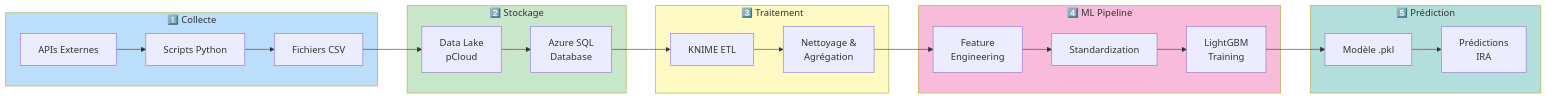
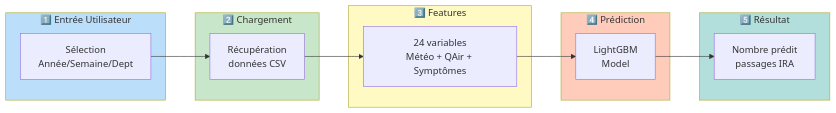
Before and after one commit to MohdSarar/PREDICTIRA: the second of 2 diagrams in README_PREDICTIRA.md, drawn with Mermaid. The commit also changed other lines of this file, not shown here.

````diff
--- a/README_PREDICTIRA.md
+++ b/README_PREDICTIRA.md
@@ -87,34 +65,30 @@
 ```mermaid
 flowchart LR
-    subgraph Collection["1️⃣ Collecte"]
-        A[APIs Externes] --> B[Scripts Python]
-        B --> C[Fichiers CSV]
+    subgraph Input["1️⃣ Entrée Utilisateur"]
+        A[Sélection<br/>Année/Semaine/Dept]
     end
 
-    subgraph Storage["2️⃣ Stockage"]
-        C --> D[Data Lake<br/>pCloud]
-        D --> E[Azure SQL<br/>Database]
+    subgraph Load["2️⃣ Chargement"]
+        B[Récupération<br/>données CSV]
     end
 
-    subgraph Processing["3️⃣ Traitement"]
-        E --> F[KNIME ETL]
-        F --> G[Nettoyage &<br/>Agrégation]
+    subgraph Features["3️⃣ Features"]
+        C[24 variables<br/>Météo + QAir + Symptômes]
     end
 
-    subgraph ML["4️⃣ ML Pipeline"]
-        G --> H[Feature<br/>Engineering]
-        H --> I[Standardization]
-        I --> J[LightGBM<br/>Training]
+    subgraph Predict["4️⃣ Prédiction"]
+        D[LightGBM<br/>Model]
     end
 
-    subgraph Predict["5️⃣ Prédiction"]
-        J --> K[Modèle .pkl]
-        K --> L[Prédictions<br/>IRA]
+    subgraph Output["5️⃣ Résultat"]
+        E[Nombre prédit<br/>passages IRA]
     end
 
-    style Collection fill:#bbdefb
-    style Storage fill:#c8e6c9
-    style Processing fill:#fff9c4
-    style ML fill:#f8bbd9
-    style Predict fill:#b2dfdb
+    A --> B --> C --> D --> E
+
+    style Input fill:#bbdefb
+    style Load fill:#c8e6c9
+    style Features fill:#fff9c4
+    style Predict fill:#ffccbc
+    style Output fill:#b2dfdb
 ```
````
